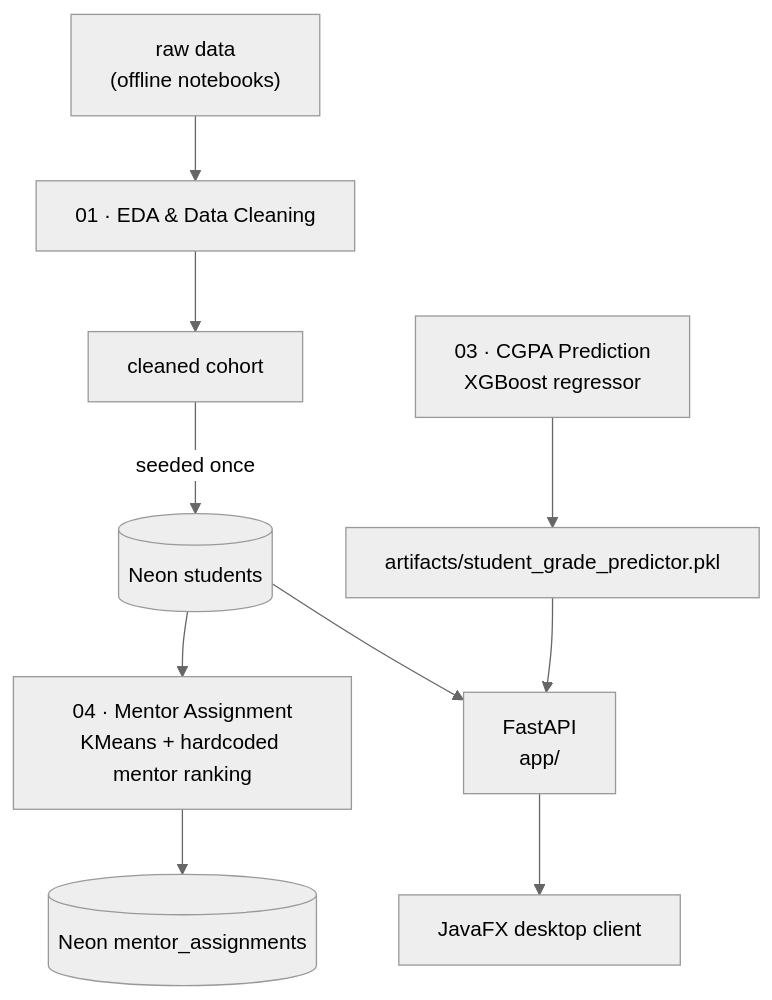
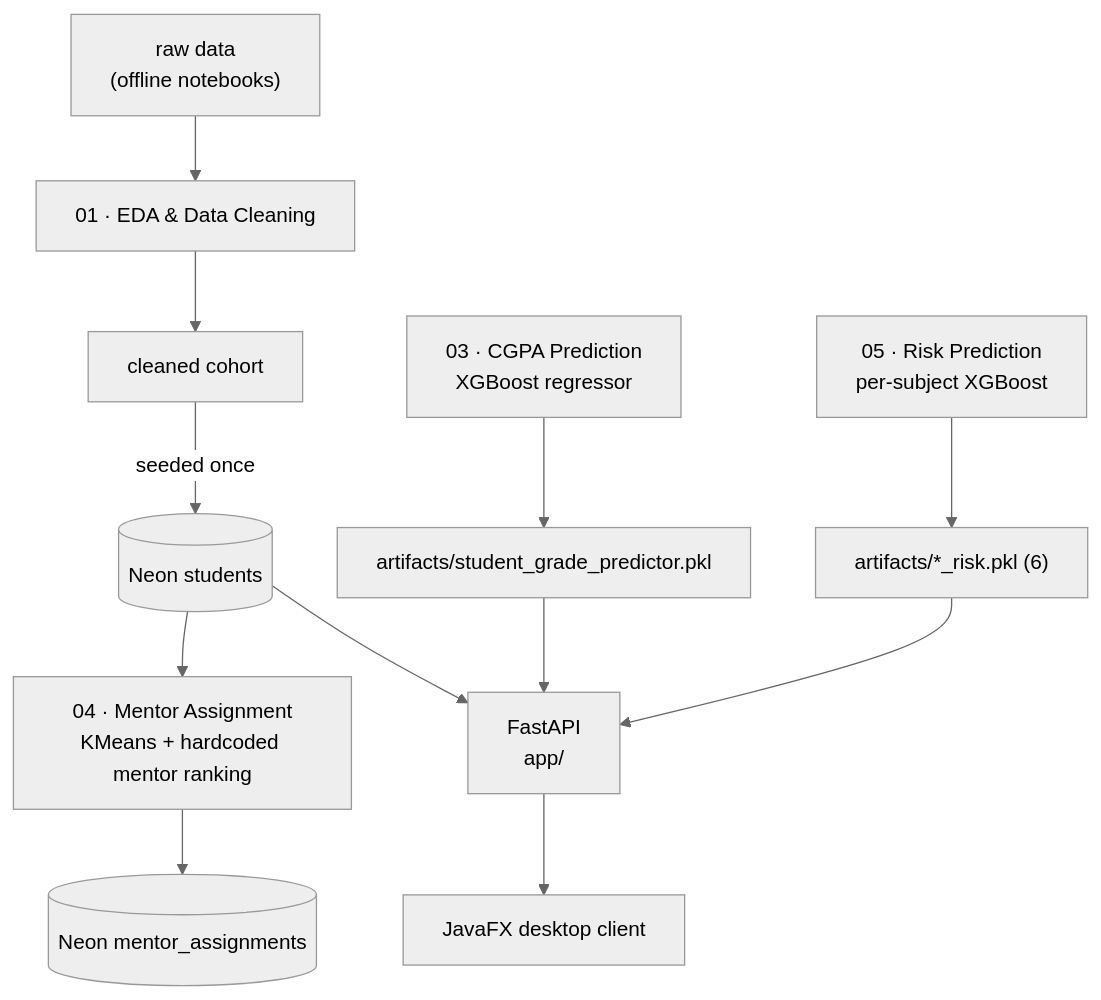
The first of 6 diagrams in README.md (cybodexx/edu-growth), drawn with Mermaid (neutral theme) before and after one commit. The commit also changed other lines of this file, not shown here.

Commit message:
humazie: update README to current project state (risk API, artifacts, Render poetry)

````diff
--- a/README.md
+++ b/README.md
@@ -38,15 +38,18 @@
 ```mermaid
 flowchart TD
     RAW["raw data<br/>(offline notebooks)"] --> NB1["01 · EDA &amp; Data Cleaning"]
     NB1 --> PROC["cleaned cohort"]
     PROC -->|"seeded once"| DB[("Neon students")]
 
     NB3["03 · CGPA Prediction<br/>XGBoost regressor"] --> M3["artifacts/student_grade_predictor.pkl"]
 
     DB --> NB4["04 · Mentor Assignment<br/>KMeans + hardcoded mentor ranking"]
     NB4 --> MA[("Neon mentor_assignments")]
 
+    NB5["05 · Risk Prediction<br/>per-subject XGBoost"] --> M5["artifacts/*_risk.pkl (6)"]
+
     DB --> API["FastAPI<br/>app/"]
     M3 --> API
+    M5 --> API
     API --> UI["JavaFX desktop client"]
 ```
````
